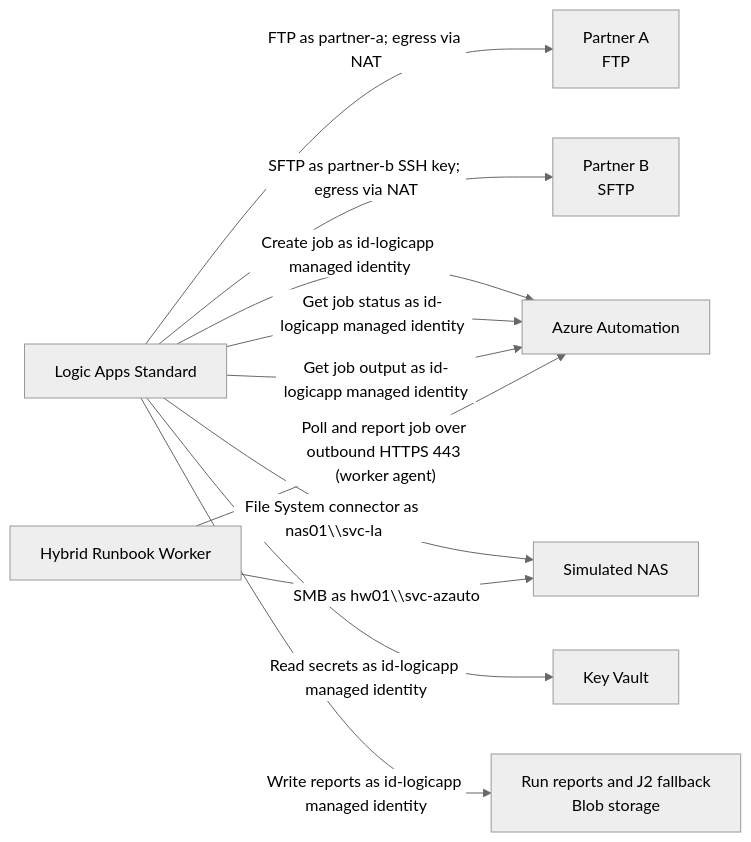
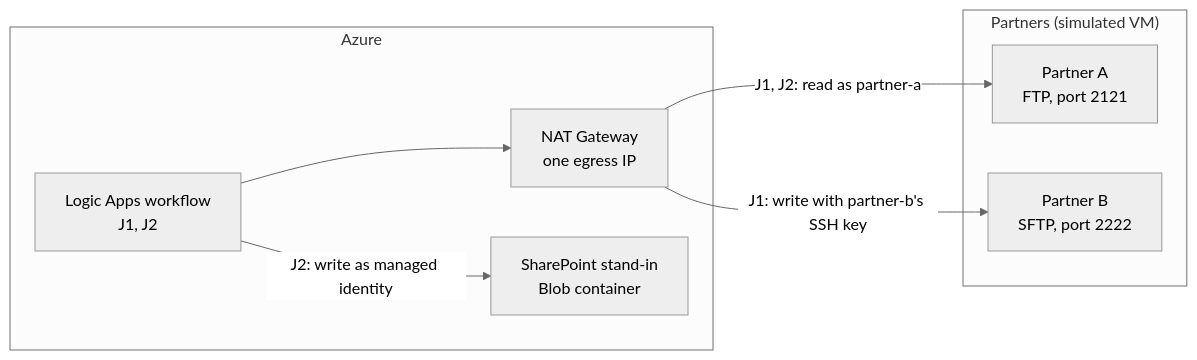
The first of 3 diagrams in README.md (ikhemissi/spike-orchestrator-to-logic-apps), drawn with Mermaid (neutral theme) before and after one commit. The commit also changed other lines of this file and 1 other file, not shown here.

Commit message:
docs: one setup diagram per pattern; fix(tests): T16 disables J3 through its FlowState app setting

````diff
--- a/README.md
+++ b/README.md
@@ -27,22 +29,16 @@
 ```mermaid
 flowchart LR
-    LA["Logic Apps Standard"]
-    AA["Azure Automation"]
-    HW["Hybrid Runbook Worker"]
-    NAS["Simulated NAS"]
-    FTP["Partner A<br/>FTP"]
-    SFTP["Partner B<br/>SFTP"]
-    KV["Key Vault"]
-    Blob["Run reports and J2 fallback<br/>Blob storage"]
-
-    LA -->|"FTP as partner-a; egress via NAT"| FTP
-    LA -->|"SFTP as partner-b SSH key; egress via NAT"| SFTP
-    LA -->|"Create job as id-logicapp managed identity"| AA
-    LA -->|"Get job status as id-logicapp managed identity"| AA
-    LA -->|"Get job output as id-logicapp managed identity"| AA
-    HW -->|"Poll and report job over outbound HTTPS 443 (worker agent)"| AA
-    LA -->|"File System connector as nas01\\svc-la"| NAS
-    HW -->|"SMB as hw01\\svc-azauto"| NAS
-    LA -->|"Read secrets as id-logicapp managed identity"| KV
-    LA -->|"Write reports as id-logicapp managed identity"| Blob
+    subgraph Azure
+        LA["Logic Apps workflow<br/>J1, J2"]
+        NAT["NAT Gateway<br/>one egress IP"]
+        SP["SharePoint stand-in<br/>Blob container"]
+    end
+    subgraph Partners["Partners (simulated VM)"]
+        FTP["Partner A<br/>FTP, port 2121"]
+        SFTP["Partner B<br/>SFTP, port 2222"]
+    end
+    LA --> NAT
+    NAT -->|"J1, J2: read as partner-a"| FTP
+    NAT -->|"J1: write with partner-b's SSH key"| SFTP
+    LA -->|"J2: write as managed identity"| SP
 ```
````
